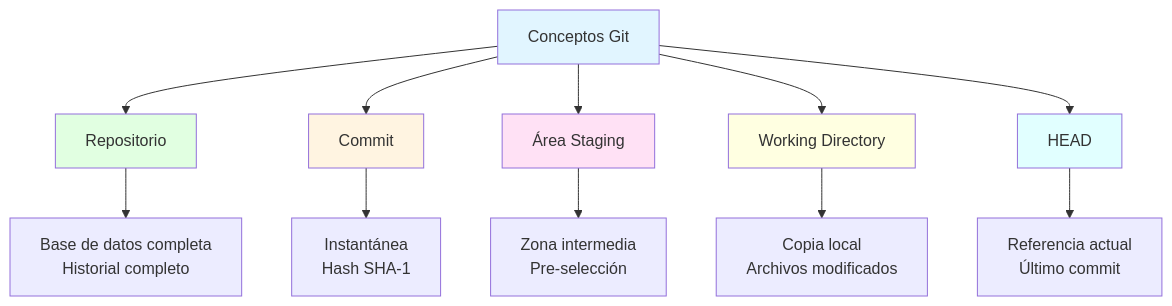
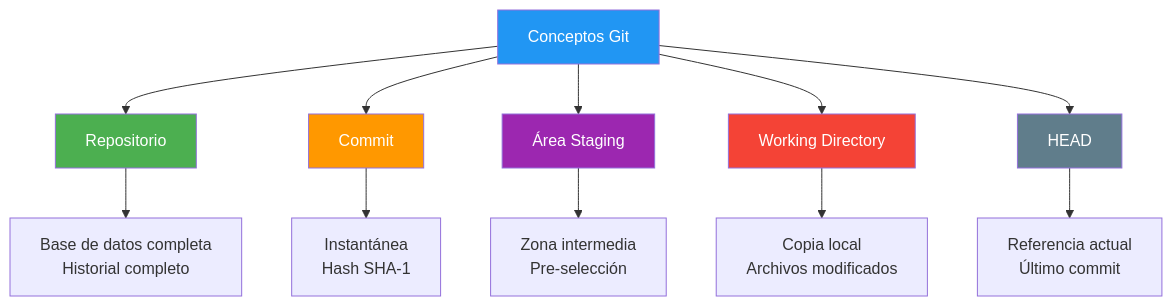
One commit to joseluisgs/EntornosDesarrollo-03-2026-2027 changed the first of 7 diagrams in 01-git-inicial.md. Above: the diagram before and after it, drawn with Mermaid. The commit also changed other lines of this file and 5 other files, not shown here.

````diff
--- a/01-git-inicial.md
+++ b/01-git-inicial.md
@@ -61,21 +100,21 @@
 ```mermaid
 graph TD
     A[Conceptos Git] --> B[Repositorio]
     A --> C[Commit]
     A --> D[Área Staging]
     A --> E[Working Directory]
     A --> F[HEAD]
     
     B --> B1[Base de datos completa<br/>Historial completo]
     C --> C1[Instantánea<br/>Hash SHA-1]
     D --> D1[Zona intermedia<br/>Pre-selección]
     E --> E1[Copia local<br/>Archivos modificados]
     F --> F1[Referencia actual<br/>Último commit]
     
-    style A fill:#e1f5ff
-    style B fill:#e1ffe1
-    style C fill:#fff4e1
-    style D fill:#ffe1f5
-    style E fill:#ffffe1
-    style F fill:#e1ffff
+    style A fill:#2196F3,color:#fff
+    style B fill:#4CAF50,color:#fff
+    style C fill:#FF9800,color:#fff
+    style D fill:#9C27B0,color:#fff
+    style E fill:#f44336,color:#fff
+    style F fill:#607D8B,color:#fff
 ```
````
